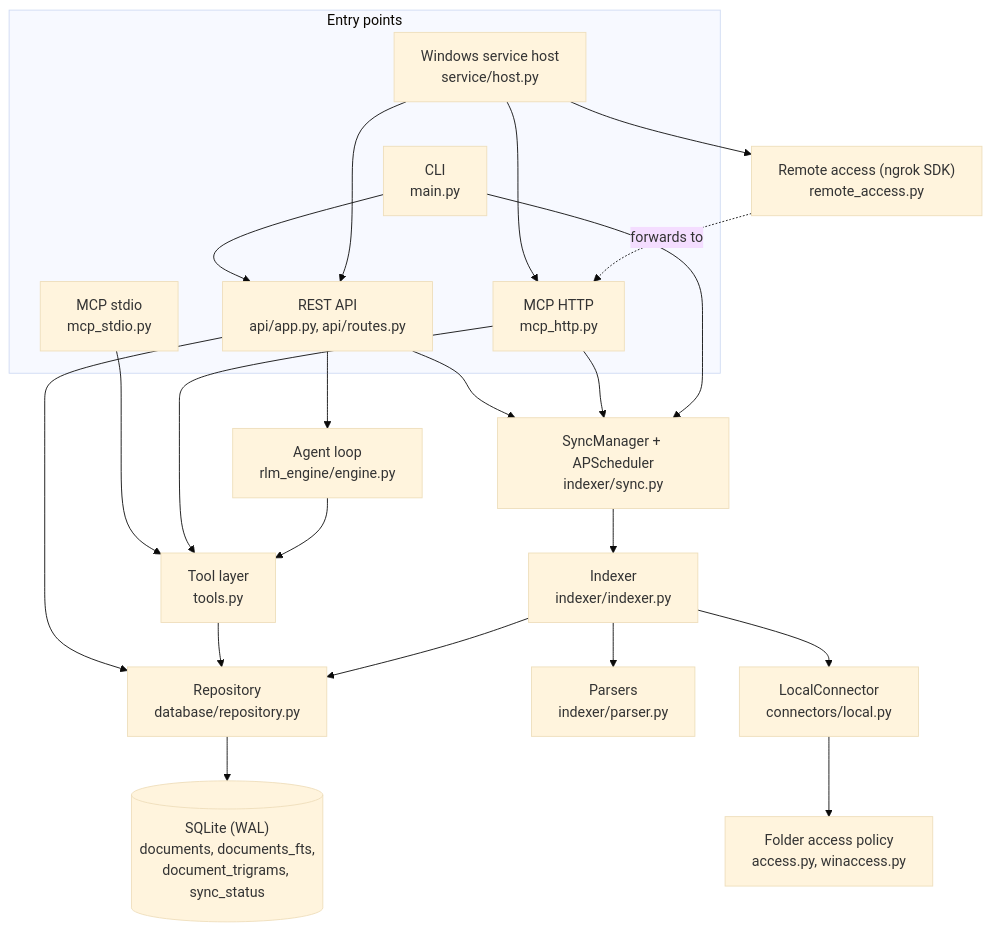
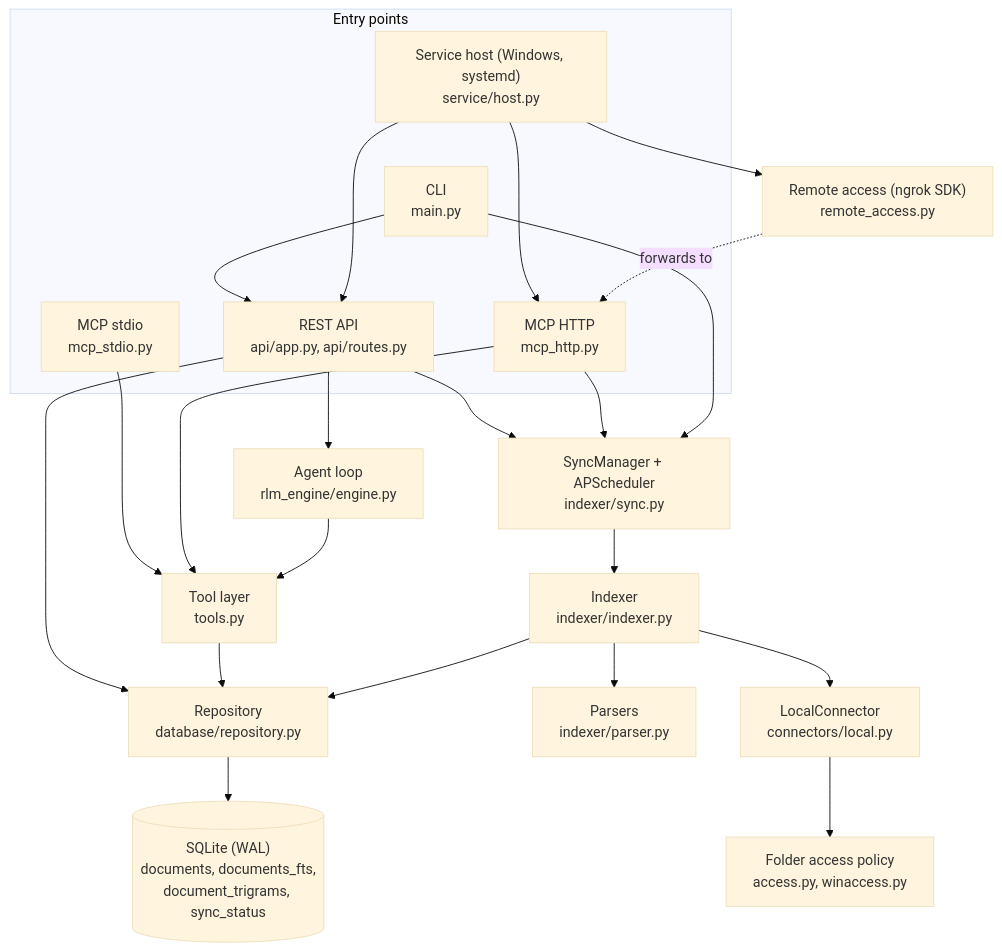
One commit to cgaeking/rootmind changed the first of 2 diagrams in ARCHITECTURE.md. Above: the diagram before and after it, drawn with Mermaid (base theme). The commit also changed other lines of this file and 77 other files, not shown here.

````diff
--- a/ARCHITECTURE.md
+++ b/ARCHITECTURE.md
@@ -30,41 +30,41 @@
 ```mermaid
 flowchart TB
     subgraph surfaces["Entry points"]
         rest["REST API<br/>api/app.py, api/routes.py"]
         stdio["MCP stdio<br/>mcp_stdio.py"]
         http["MCP HTTP<br/>mcp_http.py"]
         cli["CLI<br/>main.py"]
-        host["Windows service host<br/>service/host.py"]
+        host["Service host (Windows, systemd)<br/>service/host.py"]
     end
     engine["Agent loop<br/>rlm_engine/engine.py"]
     tools["Tool layer<br/>tools.py"]
     repo["Repository<br/>database/repository.py"]
     db[("SQLite (WAL)<br/>documents, documents_fts,<br/>document_trigrams, sync_status")]
     sync["SyncManager + APScheduler<br/>indexer/sync.py"]
     indexer["Indexer<br/>indexer/indexer.py"]
     parsers["Parsers<br/>indexer/parser.py"]
     conn["LocalConnector<br/>connectors/local.py"]
     policy["Folder access policy<br/>access.py, winaccess.py"]
     remote["Remote access (ngrok SDK)<br/>remote_access.py"]
 
     cli --> rest
     host --> rest
     host --> http
     host --> remote
     remote -.->|"forwards to"| http
     rest --> engine
     rest --> repo
     rest --> sync
     stdio --> tools
     http --> tools
     http --> sync
     cli --> sync
     engine --> tools
     tools --> repo
     repo --> db
     sync --> indexer
     indexer --> conn
     conn --> policy
     indexer --> parsers
     indexer --> repo
 ```
````
